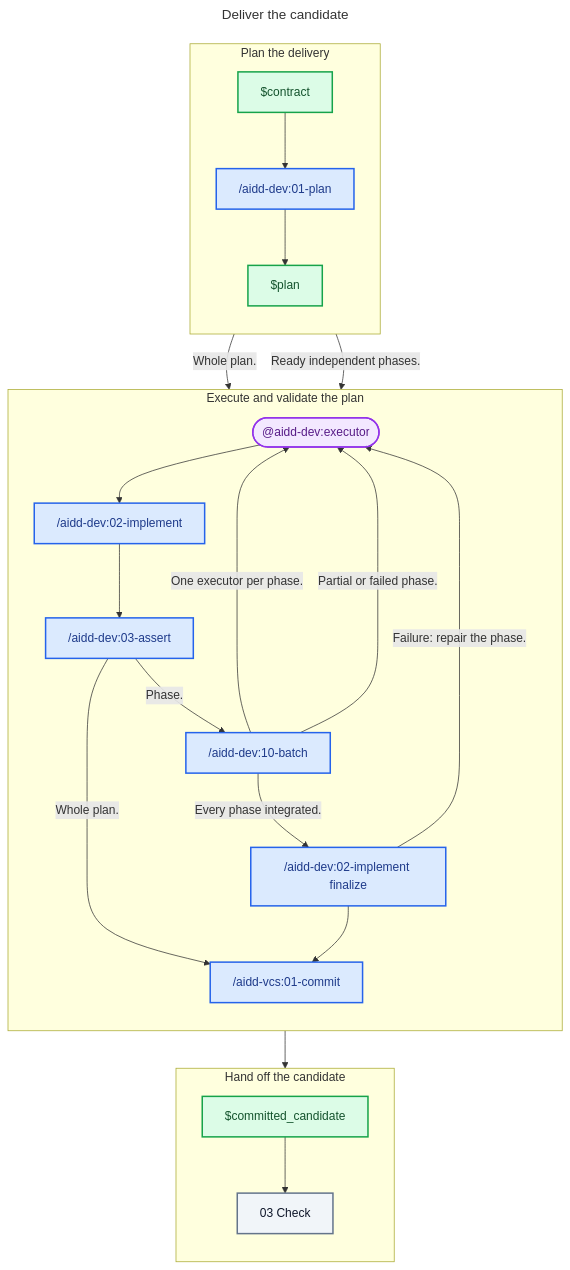
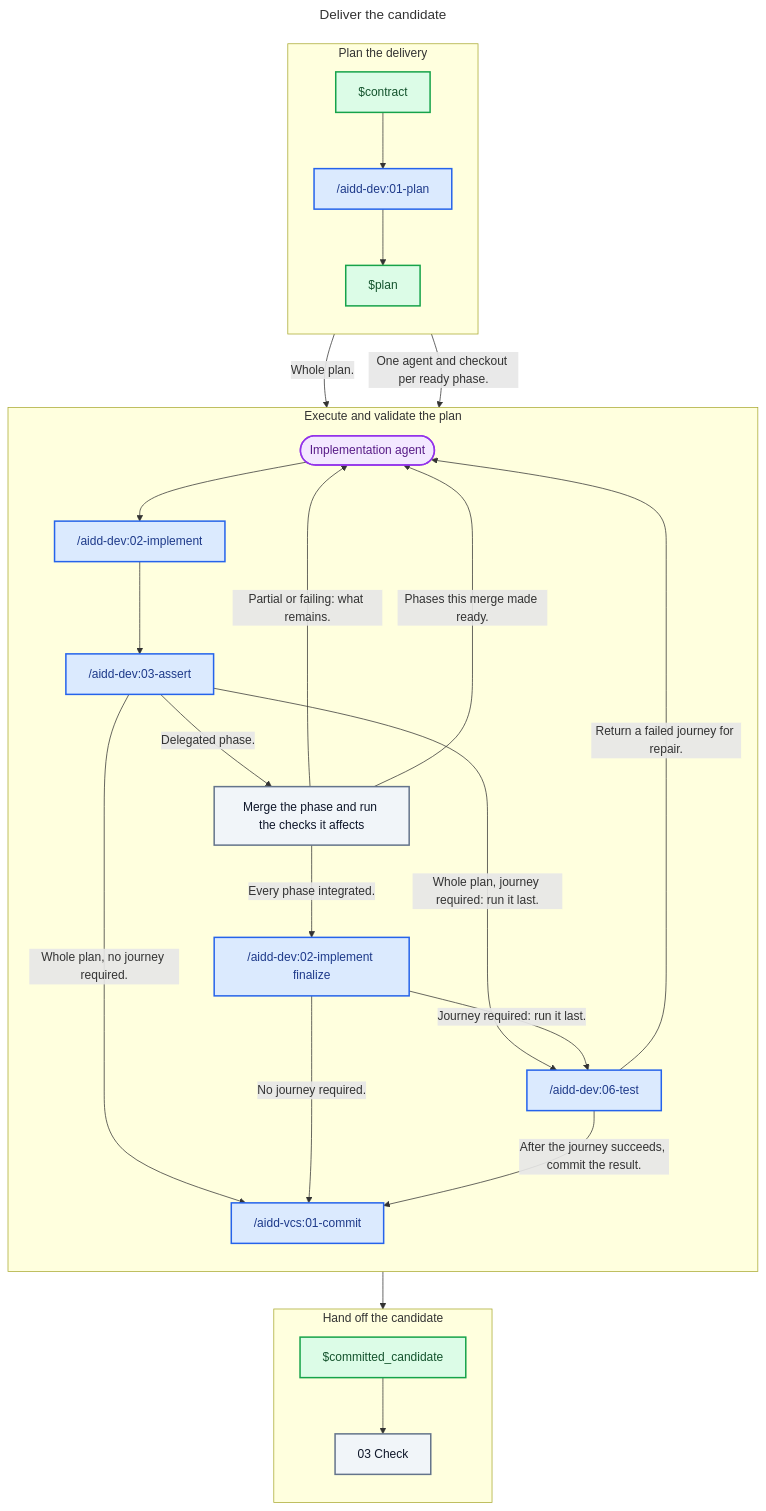
Before and after one commit to ai-driven-dev/framework: the diagram in plugins/aidd-orchestrator/skills/01-sdlc/references/02-deliver.md, drawn with Mermaid. The commit also changed other lines of this file and 6 other files, not shown here.

Commit message:
docs(aidd-dev): implement in the lean skill format, deliver ready phases in waves

````diff
--- a/plugins/aidd-orchestrator/skills/01-sdlc/references/02-deliver.md
+++ b/plugins/aidd-orchestrator/skills/01-sdlc/references/02-deliver.md
@@ -11,54 +11,58 @@
 ```mermaid
 ---
 title: Deliver the candidate
 ---
 flowchart TD
   subgraph PlanStage["Plan the delivery"]
     direction TB
     Contract["$contract"]
     Plan["/aidd-dev:01-plan"]
     PlanArtifact["$plan"]
   end
 
   subgraph ExecuteStage["Execute and validate the plan"]
     direction TB
-    Executor(["@aidd-dev:executor"])
+    Executor(["Implementation agent"])
     Implement["/aidd-dev:02-implement"]
     Assert["/aidd-dev:03-assert"]
-    Batch["/aidd-dev:10-batch"]
+    Integrate["Merge the phase and run the checks it affects"]
     Finalize["/aidd-dev:02-implement finalize"]
+    Test["/aidd-dev:06-test"]
     Commit["/aidd-vcs:01-commit"]
   end
 
   subgraph HandoffStage["Hand off the candidate"]
     direction TB
     CommittedCandidate["$committed_candidate"]
     Check["03 Check"]
   end
 
   Contract --> Plan
   Plan --> PlanArtifact
   PlanArtifact -- "Whole plan." --> Executor
-  PlanArtifact -- "Ready independent phases." --> Batch
-  Batch -- "One executor per phase." --> Executor
+  PlanArtifact -- "One agent and checkout per ready phase." --> Executor
   Executor --> Implement
   Implement --> Assert
-  Assert -- "Whole plan." --> Commit
-  Assert -- "Phase." --> Batch
-  Batch -- "Partial or failed phase." --> Executor
-  Batch -- "Every phase integrated." --> Finalize
-  Finalize -- "Failure: repair the phase." --> Executor
-  Finalize --> Commit
+  Assert -- "Delegated phase." --> Integrate
+  Integrate -- "Partial or failing: what remains." --> Executor
+  Integrate -- "Phases this merge made ready." --> Executor
+  Integrate -- "Every phase integrated." --> Finalize
+  Assert -- "Whole plan, no journey required." --> Commit
+  Finalize -- "No journey required." --> Commit
+  Assert -- "Whole plan, journey required: run it last." --> Test
+  Finalize -- "Journey required: run it last." --> Test
+  Test -- "After the journey succeeds, commit the result." --> Commit
+  Test -- "Return a failed journey for repair." --> Executor
   Commit --> CommittedCandidate
   CommittedCandidate --> Check
 
   classDef skill fill:#DBEAFE,stroke:#2563EB,color:#1E3A8A,stroke-width:2px
   classDef agent fill:#F3E8FF,stroke:#9333EA,color:#581C87,stroke-width:2px
   classDef artifact fill:#DCFCE7,stroke:#16A34A,color:#14532D,stroke-width:2px
   classDef zone fill:#F1F5F9,stroke:#64748B,color:#0F172A,stroke-width:2px
 
-  class Plan,Batch,Implement,Assert,Finalize,Commit skill
+  class Plan,Implement,Assert,Finalize,Test,Commit skill
   class Executor agent
   class Contract,PlanArtifact,CommittedCandidate artifact
-  class Check zone
+  class Integrate,Check zone
 ```
````
